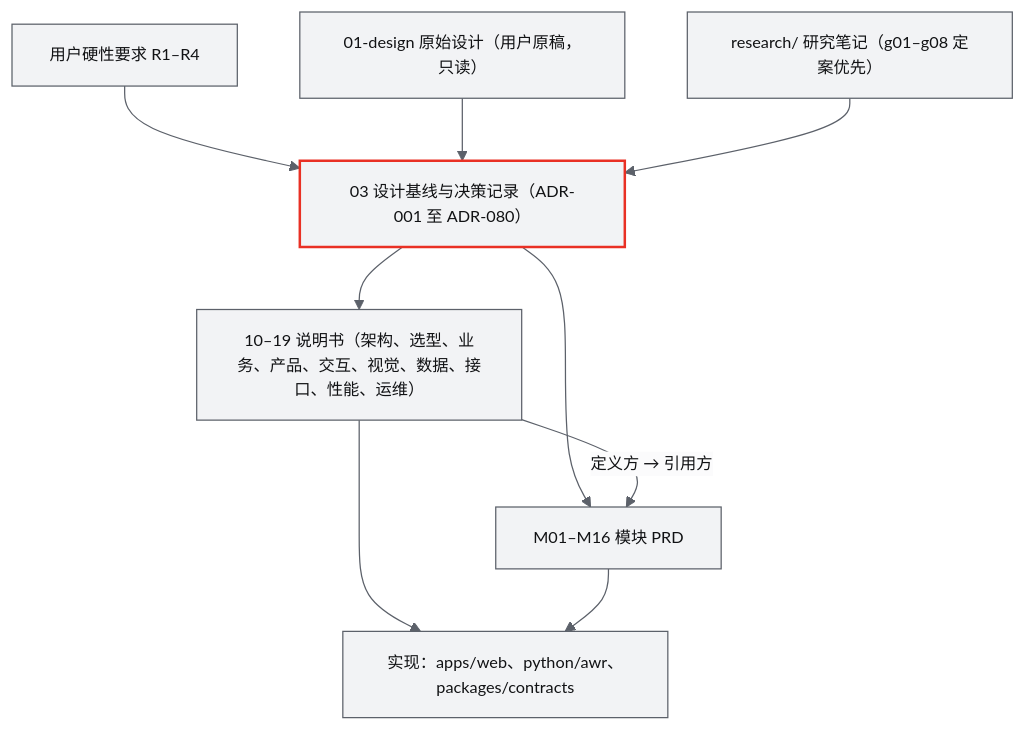
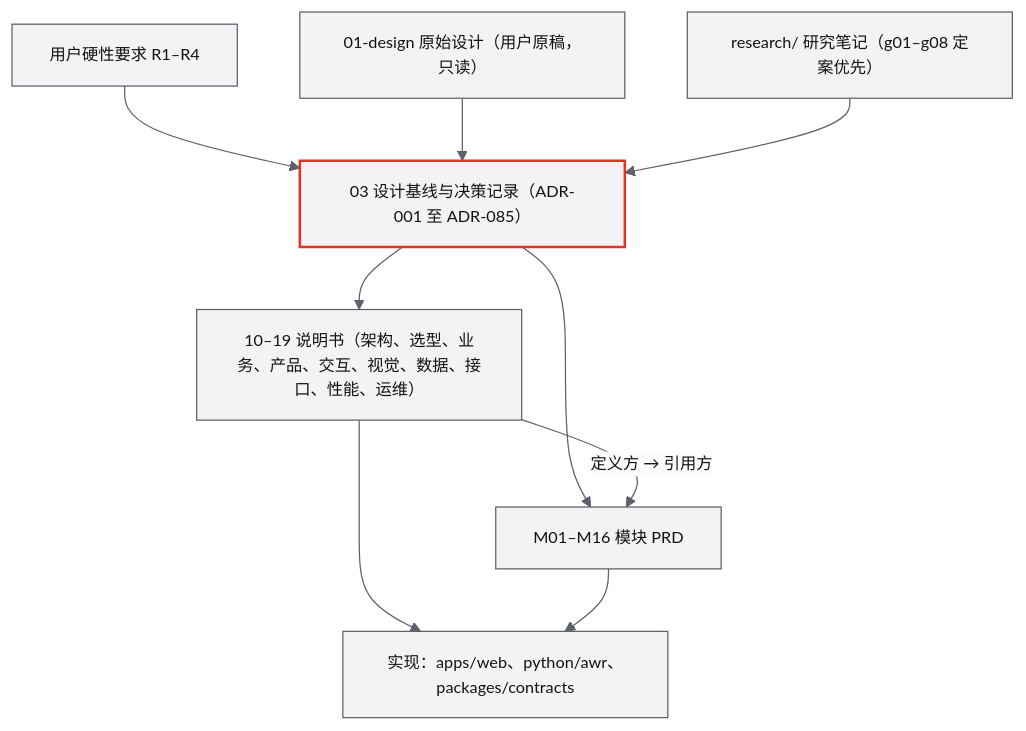
Before and after one commit to ANetResearch/ANet-Drone4D: the diagram in docs/README.md, drawn with Mermaid. The commit also changed other lines of this file and 16 other files, not shown here.

````diff
--- a/docs/README.md
+++ b/docs/README.md
@@ -20,21 +20,21 @@
 ```mermaid
 %%{init: {"theme": "base", "themeVariables": {"fontFamily": "Inter, PingFang SC, Microsoft YaHei, Noto Sans CJK SC, sans-serif", "fontSize": "13px", "background": "#FBFBFC", "primaryColor": "#F2F3F5", "primaryTextColor": "#111214", "primaryBorderColor": "#5C616A", "secondaryColor": "#E4E6E9", "tertiaryColor": "#FBFBFC", "lineColor": "#5C616A", "textColor": "#111214", "mainBkg": "#F2F3F5", "nodeBorder": "#5C616A", "clusterBkg": "#FBFBFC", "clusterBorder": "#A7ABB3", "edgeLabelBackground": "#FBFBFC", "noteBkgColor": "#E4E6E9", "noteTextColor": "#111214", "noteBorderColor": "#81868F"}}}%%
 flowchart TD
   R["用户硬性要求 R1–R4"]
   D["01-design 原始设计（用户原稿，只读）"]
   RS["research/ 研究笔记（g01–g08 定案优先）"]
-  B["03 设计基线与决策记录（ADR-001 至 ADR-080）"]
+  B["03 设计基线与决策记录（ADR-001 至 ADR-085）"]
   S["10–19 说明书（架构、选型、业务、产品、交互、视觉、数据、接口、性能、运维）"]
   M["M01–M16 模块 PRD"]
   I["实现：apps/web、python/awr、packages/contracts"]
   R --> B
   D --> B
   RS --> B
   B --> S
   B --> M
   S -- "定义方 → 引用方" --> M
   S --> I
   M --> I
   classDef hero stroke:#E93024,stroke-width:2px
   class B hero
 ```
````
